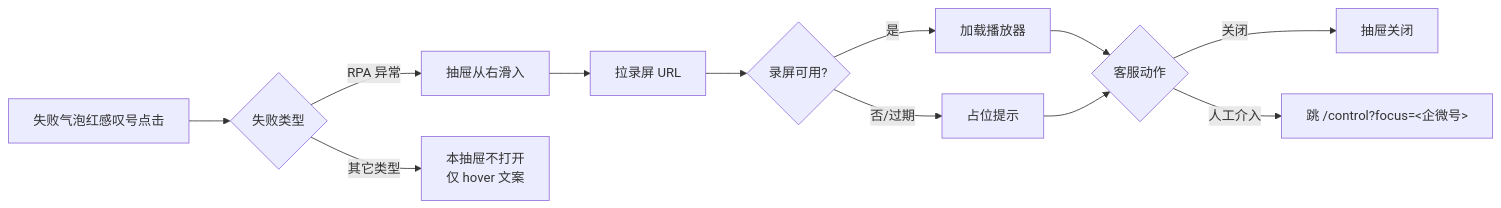
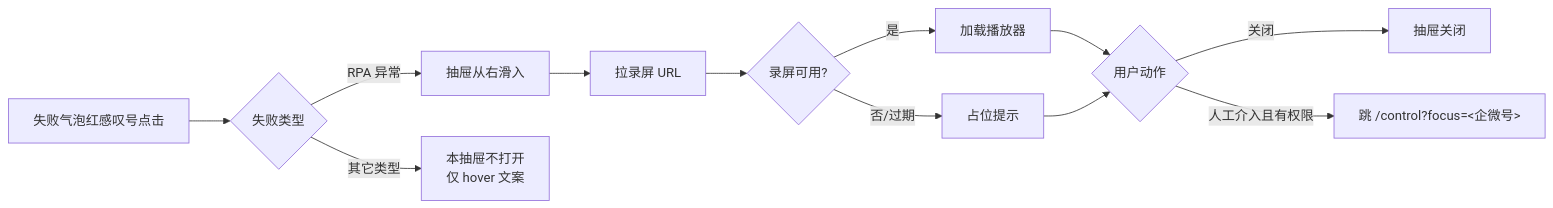
The sixth of 8 diagrams in project/domains/chat-workbench/design.md (yan-pang/VIP), drawn with Mermaid before and after one commit. The commit also changed other lines of this file and 79 other files, not shown here.

````diff
--- a/project/domains/chat-workbench/design.md
+++ b/project/domains/chat-workbench/design.md
@@ -904,14 +926,14 @@
 ```mermaid
 graph LR
     A[失败气泡红感叹号点击] --> B{失败类型}
     B -- RPA 异常 --> C[抽屉从右滑入]
     B -- 其它类型 --> Z[本抽屉不打开<br/>仅 hover 文案]
     C --> D[拉录屏 URL]
     D --> E{录屏可用?}
     E -- 是 --> F[加载播放器]
     E -- 否/过期 --> G[占位提示]
-    F --> H{客服动作}
+    F --> H{用户动作}
     G --> H
     H -- 关闭 --> I[抽屉关闭]
-    H -- 人工介入 --> J[跳 /control?focus=<企微号>]
+    H -- 人工介入且有权限 --> J[跳 /control?focus=<企微号>]
 ```
````
